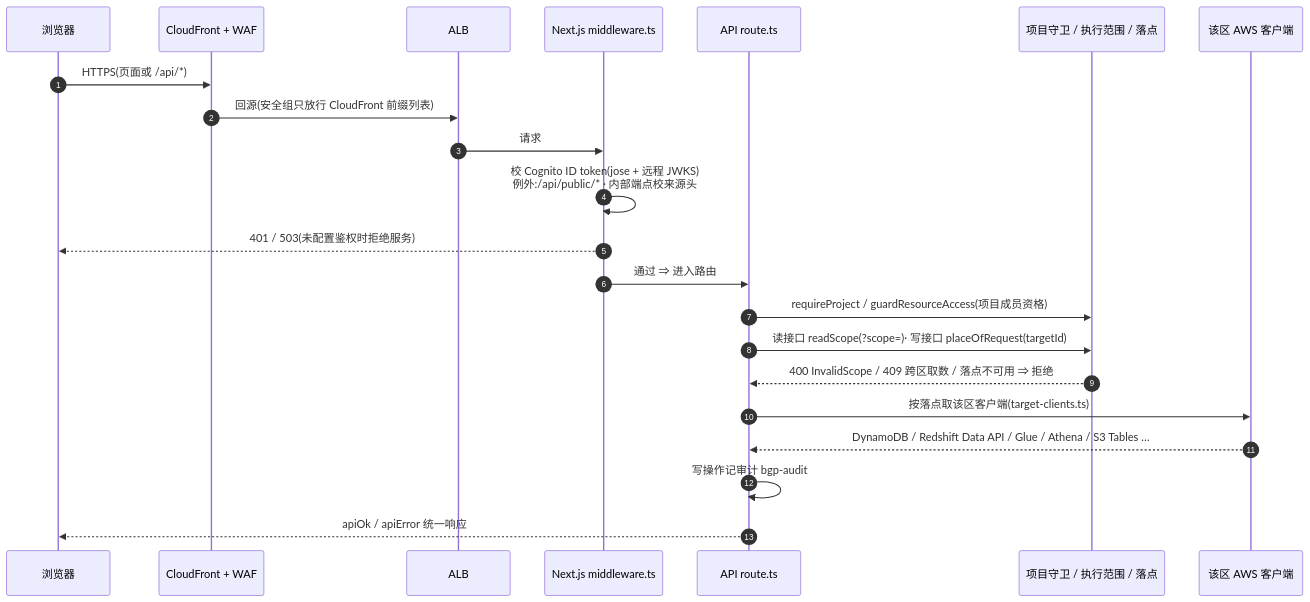
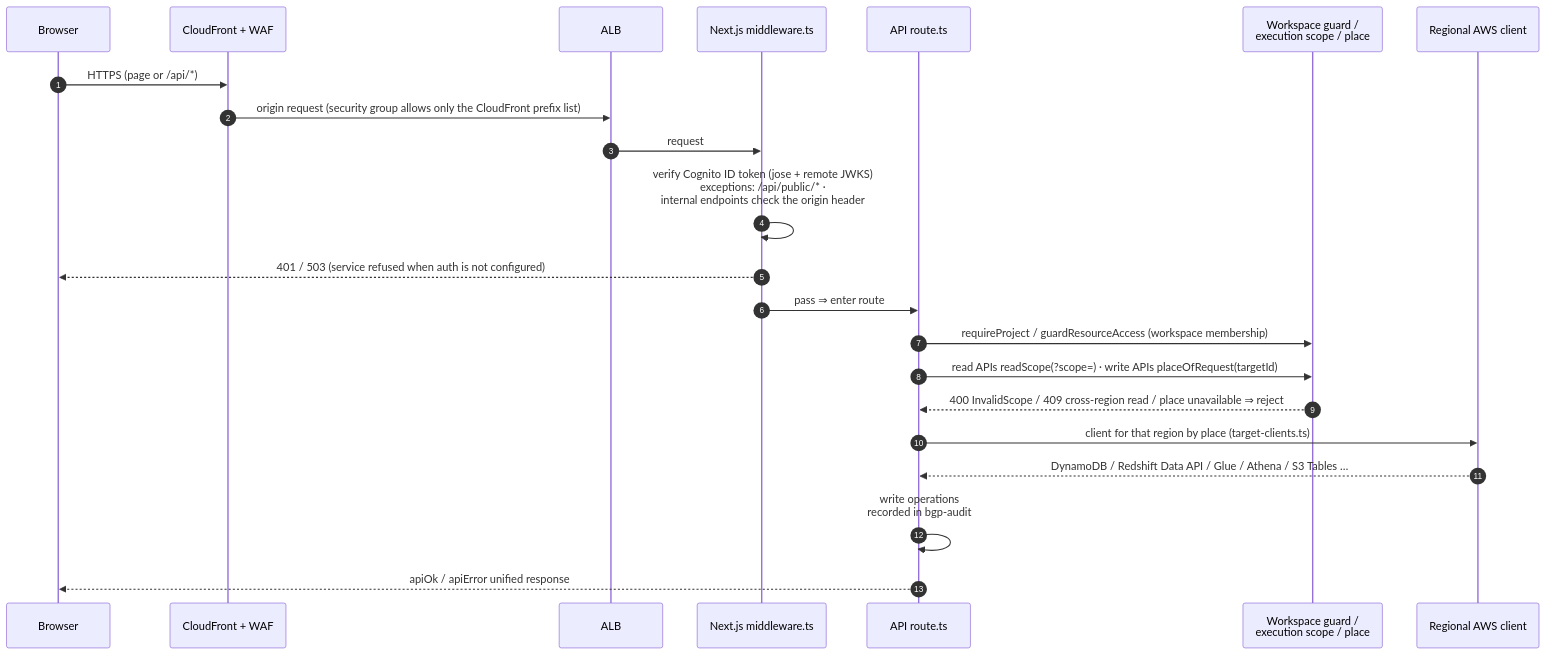
The diagram in docs/diagrams/src/mr-request-chain.mmd (aws-samples/sample-kingfisher), drawn with Mermaid before and after one commit. The commit also changed 95 other files, not shown here.

```diff
--- a/docs/diagrams/src/mr-request-chain.mmd
+++ b/docs/diagrams/src/mr-request-chain.mmd
@@ -1,22 +1,23 @@
+%%{init: {"sequence": {"wrapPadding": 18}}}%%
 sequenceDiagram
   autonumber
-  participant B as 浏览器
+  participant B as Browser
   participant CF as CloudFront + WAF
   participant ALB as ALB
   participant MW as Next.js middleware.ts
   participant R as API route.ts
-  participant G as 项目守卫 / 执行范围 / 落点
-  participant X as 该区 AWS 客户端
-  B->>CF: HTTPS(页面或 /api/*)
-  CF->>ALB: 回源(安全组只放行 CloudFront 前缀列表)
-  ALB->>MW: 请求
-  MW->>MW: 校 Cognito ID token(jose + 远程 JWKS)<br/>例外:/api/public/* · 内部端点校来源头
-  MW-->>B: 401 / 503(未配置鉴权时拒绝服务)
-  MW->>R: 通过 ⇒ 进入路由
-  R->>G: requireProject / guardResourceAccess(项目成员资格)
-  R->>G: 读接口 readScope(?scope=)· 写接口 placeOfRequest(targetId)
-  G-->>R: 400 InvalidScope / 409 跨区取数 / 落点不可用 ⇒ 拒绝
-  R->>X: 按落点取该区客户端(target-clients.ts)
+  participant G as Workspace guard /<br/>execution scope / place
+  participant X as Regional AWS client
+  B->>CF: HTTPS (page or /api/*)
+  CF->>ALB: origin request (security group allows only the CloudFront prefix list)
+  ALB->>MW: request
+  MW->>MW: verify Cognito ID token (jose + remote JWKS)<br/>exceptions: /api/public/* ·<br/>internal endpoints check the origin header<br/>
+  MW-->>B: 401 / 503 (service refused when auth is not configured)
+  MW->>R: pass ⇒ enter route
+  R->>G: requireProject / guardResourceAccess (workspace membership)
+  R->>G: read APIs readScope(?scope=) · write APIs placeOfRequest(targetId)
+  G-->>R: 400 InvalidScope / 409 cross-region read / place unavailable ⇒ reject
+  R->>X: client for that region by place (target-clients.ts)
   X-->>R: DynamoDB / Redshift Data API / Glue / Athena / S3 Tables …
-  R->>R: 写操作记审计 bgp-audit
-  R-->>B: apiOk / apiError 统一响应
+  R->>R: write operations<br/>recorded in bgp-audit<br/>
+  R-->>B: apiOk / apiError unified response
```
